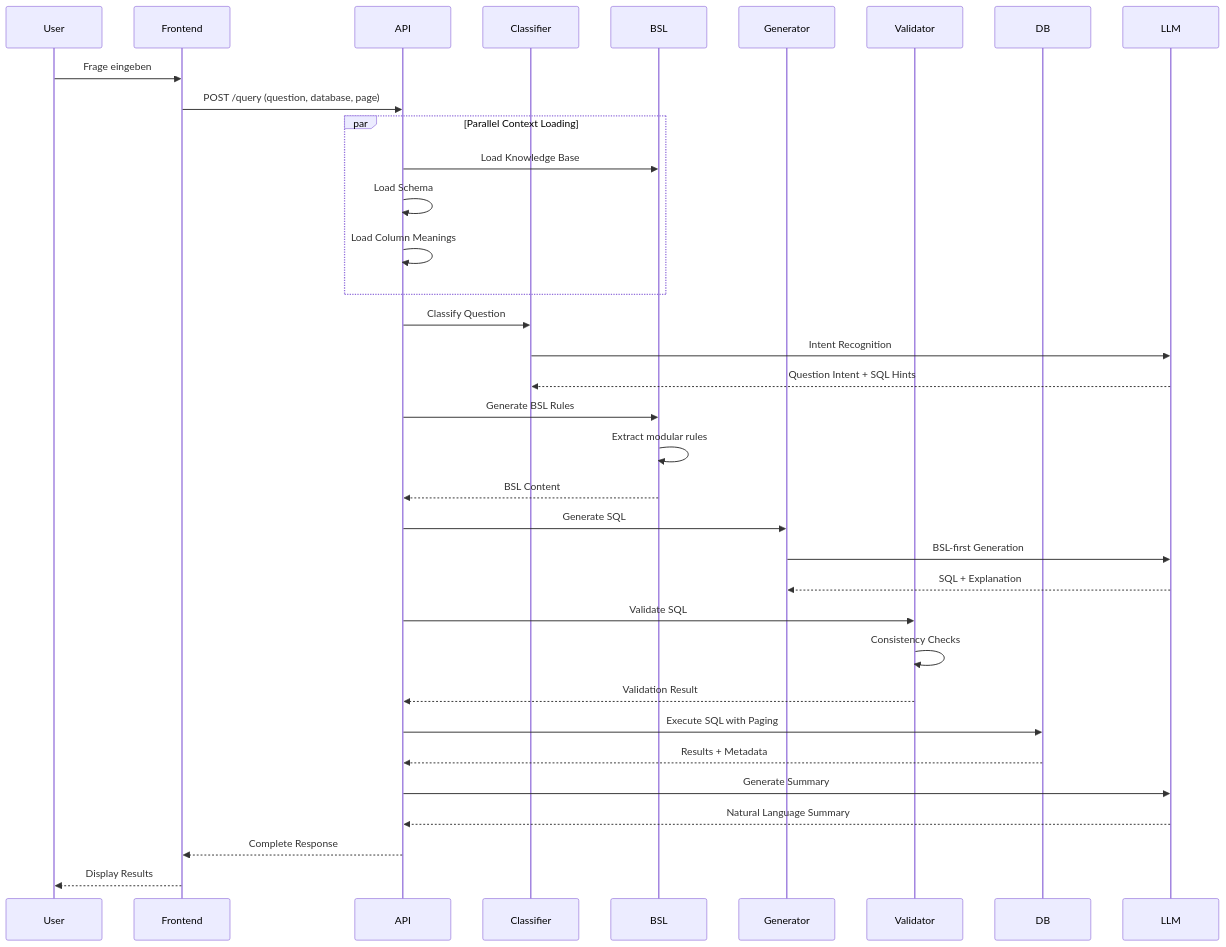
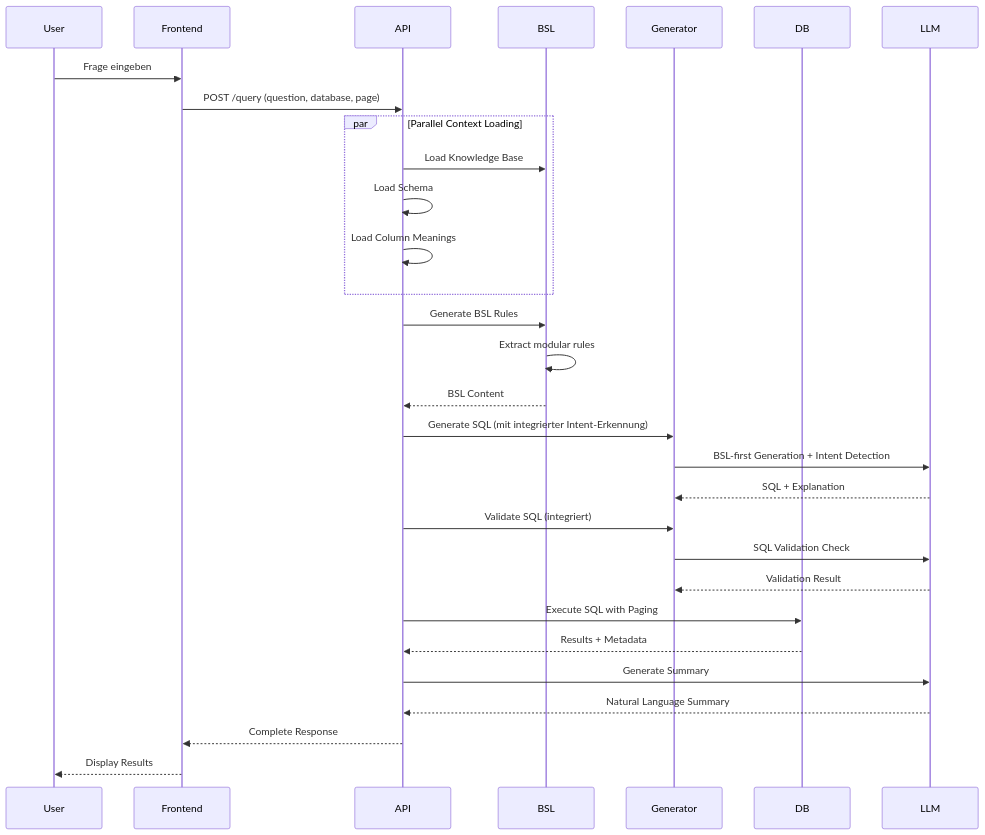
Before and after one commit to JoelRai07/Projekt-Vetter-SQL: the first of 2 diagrams in docs/Für_Präsi_NEU.md, drawn with Mermaid. The commit also changed other lines of this file and 6 other files, not shown here.

````diff
--- a/docs/Für_Präsi_NEU.md
+++ b/docs/Für_Präsi_NEU.md
@@ -234,46 +272,40 @@
 ```mermaid
 sequenceDiagram
     participant User
     participant Frontend
     participant API
-    participant Classifier
     participant BSL
     participant Generator
-    participant Validator
     participant DB
     participant LLM
     
     User->>Frontend: Frage eingeben
     Frontend->>API: POST /query (question, database, page)
     
     par Parallel Context Loading
         API->>BSL: Load Knowledge Base
         API->>API: Load Schema
         API->>API: Load Column Meanings
     end
     
-    API->>Classifier: Classify Question
-    Classifier->>LLM: Intent Recognition
-    LLM-->>Classifier: Question Intent + SQL Hints
-    
     API->>BSL: Generate BSL Rules
     BSL->>BSL: Extract modular rules
     BSL-->>API: BSL Content
     
-    API->>Generator: Generate SQL
-    Generator->>LLM: BSL-first Generation
+    API->>Generator: Generate SQL (mit integrierter Intent-Erkennung)
+    Generator->>LLM: BSL-first Generation + Intent Detection
     LLM-->>Generator: SQL + Explanation
     
-    API->>Validator: Validate SQL
-    Validator->>Validator: Consistency Checks
-    Validator-->>API: Validation Result
+    API->>Generator: Validate SQL (integriert)
+    Generator->>LLM: SQL Validation Check
+    LLM-->>Generator: Validation Result
     
     API->>DB: Execute SQL with Paging
     DB-->>API: Results + Metadata
     
     API->>LLM: Generate Summary
     LLM-->>API: Natural Language Summary
     
     API-->>Frontend: Complete Response
     Frontend-->>User: Display Results
 ```
````
